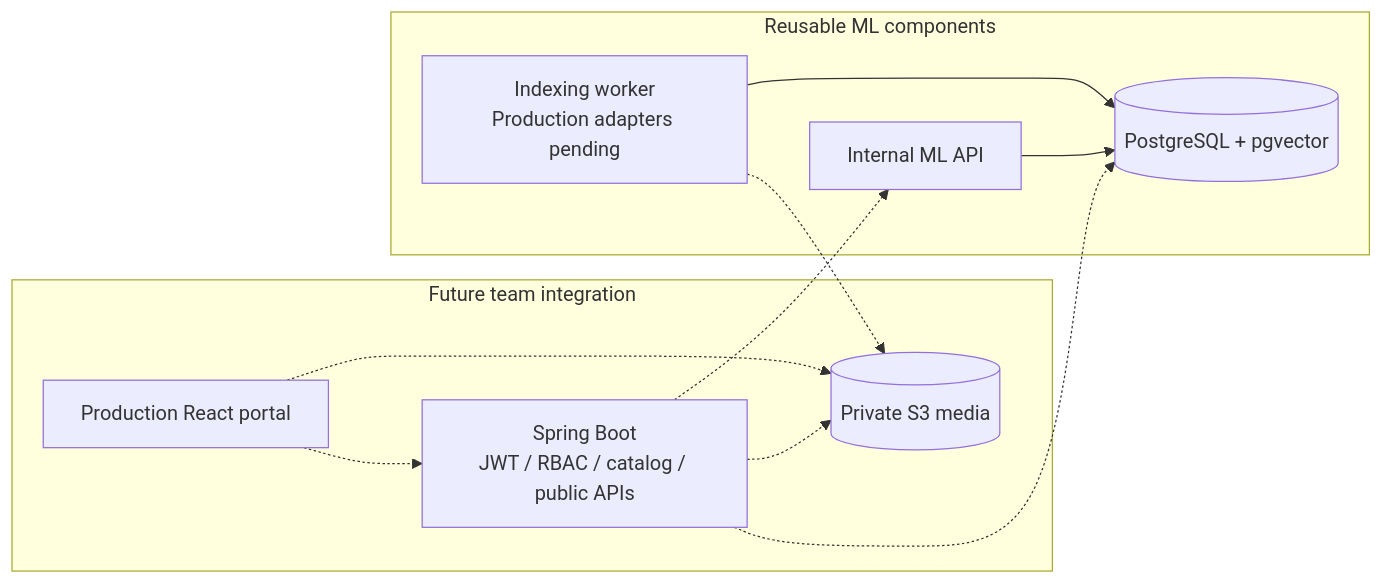
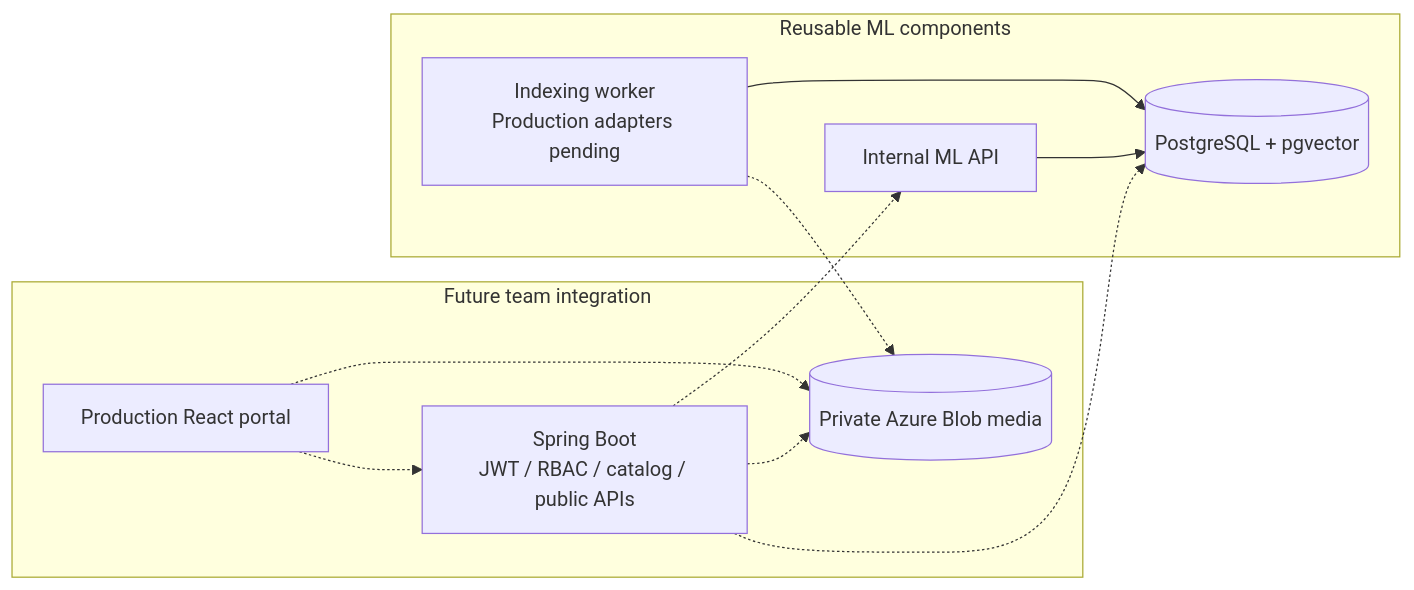
One commit to sagarparker/CMPE_272_PROJECT changed the fifth of 5 diagrams in ml-service/README.md. Above: the diagram before and after it, drawn with Mermaid. The commit also changed other lines of this file and 152 other files, not shown here.

````diff
--- a/ml-service/README.md
+++ b/ml-service/README.md
@@ -728,21 +728,21 @@
 ```mermaid
 flowchart LR
     subgraph Future["Future team integration"]
         React["Production React portal"]
         Spring["Spring Boot<br/>JWT / RBAC / catalog / public APIs"]
-        S3[("Private S3 media")]
+        BLOB[("Private Azure Blob media")]
     end
     subgraph ML["Reusable ML components"]
         API["Internal ML API"]
         Worker["Indexing worker<br/>Production adapters pending"]
         DB[("PostgreSQL + pgvector")]
     end
     React -.-> Spring
     Spring -.-> API
     Spring -.-> DB
-    Spring -.-> S3
-    React -.-> S3
-    Worker -.-> S3
+    Spring -.-> BLOB
+    React -.-> BLOB
+    Worker -.-> BLOB
     API --> DB
     Worker --> DB
 ```
````
